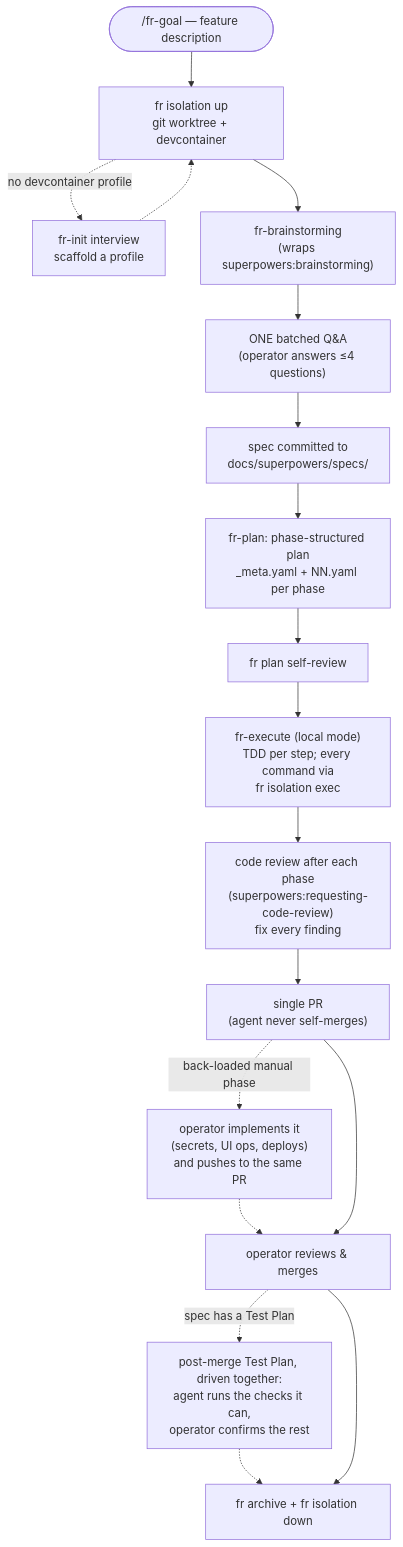
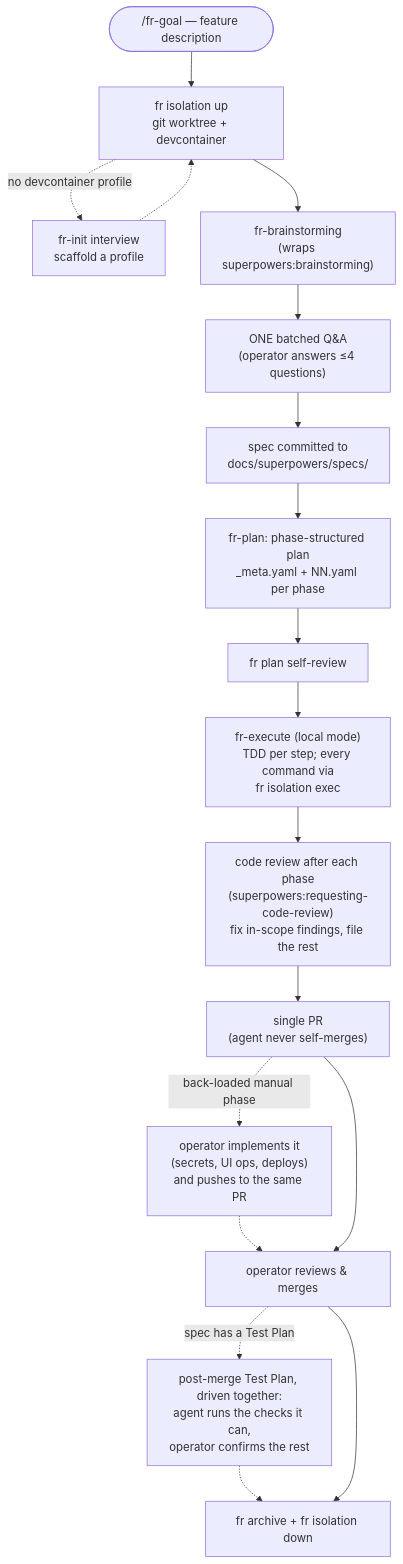
Before and after one commit to derio-net/super-fr: the first of 2 diagrams in README.md, drawn with Mermaid. The commit also changed 100 other files, not shown here.

First line of the commit message:
fr-goal: in-scope findings, proportionality, per-step cost, independent spec review (#597 #593) — 4.20.0 (#604)

````diff
--- a/README.md
+++ b/README.md
@@ -113,17 +113,17 @@
 ```mermaid
 flowchart TD
     Goal(["/fr-goal — feature description"]) --> Iso["fr isolation up<br/>git worktree + devcontainer"]
     Iso -. no devcontainer profile .-> Init["fr-init interview<br/>scaffold a profile"] -.-> Iso
     Iso --> BS["fr-brainstorming<br/>(wraps superpowers:brainstorming)"]
     BS --> QA["ONE batched Q&A<br/>(operator answers ≤4 questions)"]
     QA --> Spec["spec committed to<br/>docs/superpowers/specs/"]
     Spec --> Plan["fr-plan: phase-structured plan<br/>_meta.yaml + NN.yaml per phase"]
     Plan --> SR["fr plan self-review"]
     SR --> Exec["fr-execute (local mode)<br/>TDD per step; every command via<br/>fr isolation exec"]
-    Exec --> Review["code review after each phase<br/>(superpowers:requesting-code-review)<br/>fix every finding"]
+    Exec --> Review["code review after each phase<br/>(superpowers:requesting-code-review)<br/>fix in-scope findings, file the rest"]
     Review --> PR["single PR<br/>(agent never self-merges)"]
     PR -. back-loaded manual phase .-> Manual["operator implements it<br/>(secrets, UI ops, deploys)<br/>and pushes to the same PR"] -.-> Merge
     PR --> Merge["operator reviews & merges"]
     Merge -. spec has a Test Plan .-> TP["post-merge Test Plan, driven together:<br/>agent runs the checks it can,<br/>operator confirms the rest"] -.-> Close
     Merge --> Close["fr archive + fr isolation down"]
 ```
````
